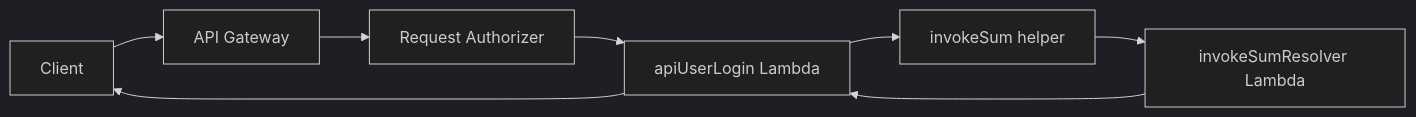
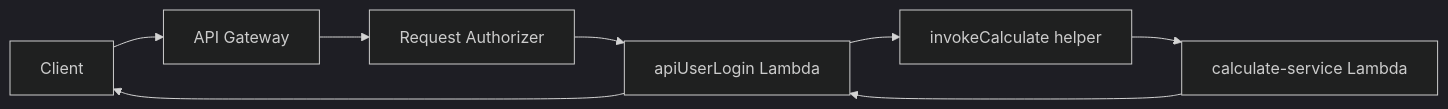
Before and after one commit to leroyanders/serverless-boilerplate: the diagram in README.md, drawn with Mermaid (dark theme). The commit also changed other lines of this file and 28 other files, not shown here.

````diff
--- a/README.md
+++ b/README.md
@@ -29,10 +29,10 @@
 ```mermaid
 flowchart LR
     client[Client] --> gateway[API Gateway]
     gateway --> auth[Request Authorizer]
     auth --> api[apiUserLogin Lambda]
-    api --> invoker[invokeSum helper]
-    invoker --> resolver[invokeSumResolver Lambda]
-    resolver --> api
+    api --> invoker[invokeCalculate helper]
+    invoker --> calculator[calculate-service Lambda]
+    calculator --> api
     api --> client
 ```
````
